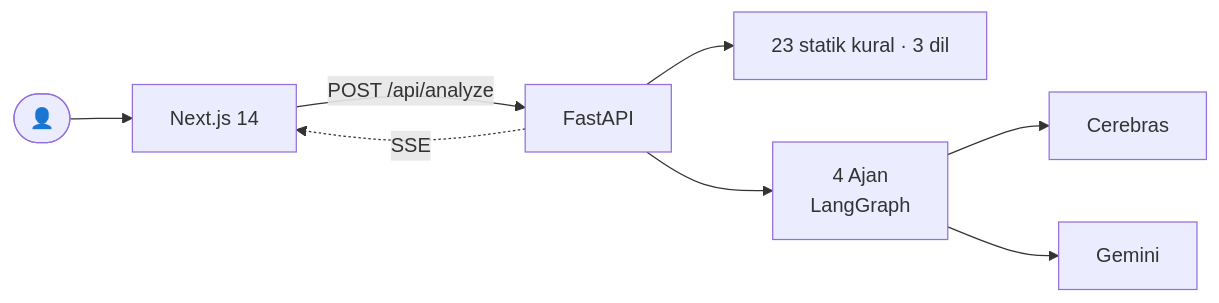
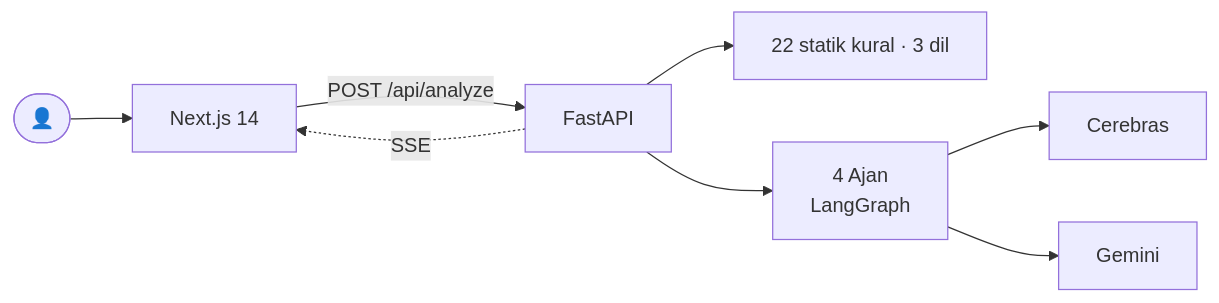
The diagram in README.md (MaNga-003/Kod-Hekim), drawn with Mermaid before and after one commit. The commit also changed other lines of this file and 4 other files, not shown here.

````diff
--- a/README.md
+++ b/README.md
@@ -101,10 +103,10 @@
 ```mermaid
 flowchart LR
     User([👤]) --> FE[Next.js 14]
     FE -->|POST /api/analyze| BE[FastAPI]
     BE -.->|SSE| FE
-    BE --> Static[23 statik kural · 3 dil]
+    BE --> Static[22 statik kural · 3 dil]
     BE --> Pipeline[4 Ajan<br/>LangGraph]
     Pipeline --> Cerebras[Cerebras]
     Pipeline --> Gemini[Gemini]
 ```
````
